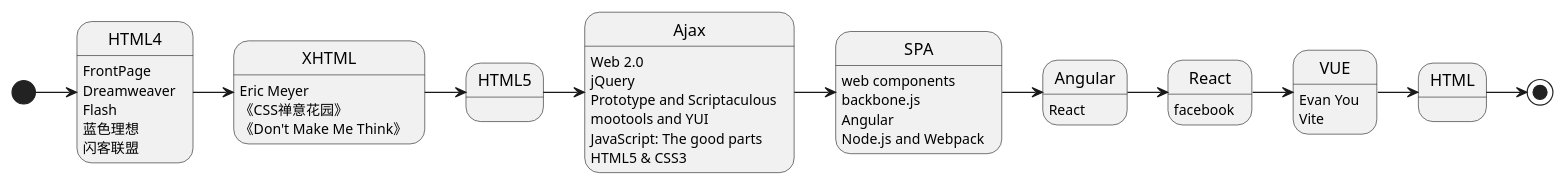
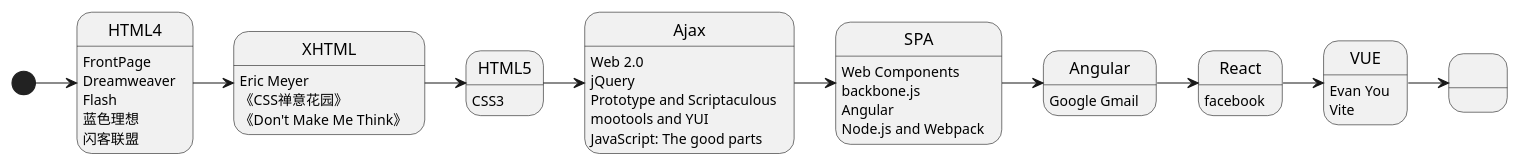
One commit to kaffa/kaffa changed the diagram in docs/static/img/html-memoir.plantuml. Above: the diagram before and after it, drawn with PlantUML. The commit also changed 8 other files, not shown here.

```diff
--- a/docs/static/img/html-memoir.plantuml
+++ b/docs/static/img/html-memoir.plantuml
@@ -1,37 +1,36 @@
 @startuml
 
 [*] -> HTML4
 HTML4 -> XHTML
 XHTML -> HTML5
 HTML5 -> Ajax
 Ajax -> SPA
 SPA -> Angular
 Angular -> React
 React -> VUE
-VUE -> HTML
-HTML -> [*]
+VUE -> ...
 
 HTML4: FrontPage
 HTML4: Dreamweaver
 HTML4: Flash
 HTML4: 蓝色理想
 HTML4: 闪客联盟
 XHTML: Eric Meyer
 XHTML: 《CSS禅意花园》
 XHTML: 《Don't Make Me Think》
+HTML5: CSS3
 Ajax: Web 2.0
 Ajax: jQuery
 Ajax: Prototype and Scriptaculous
 Ajax: mootools and YUI
 Ajax: JavaScript: The good parts
-Ajax: HTML5 & CSS3
-SPA: web components
+SPA: Web Components
 SPA: backbone.js
 SPA: Angular
 SPA: Node.js and Webpack
-Angular: React
+Angular: Google Gmail
 React: facebook
 VUE: Evan You
 VUE: Vite
 
 @enduml
```
